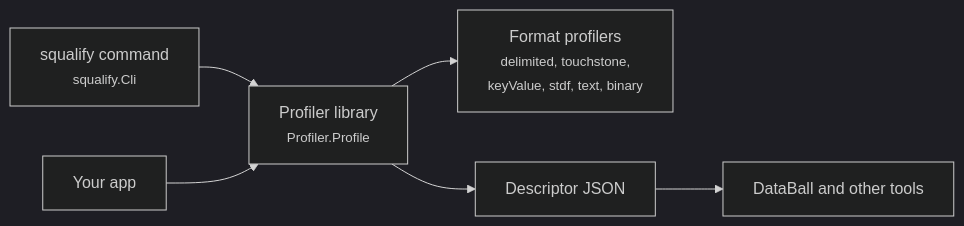
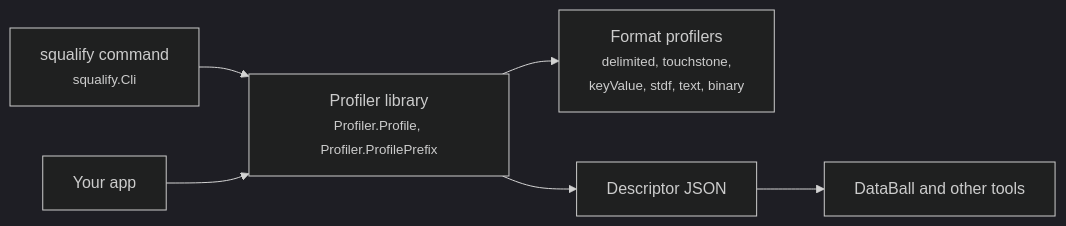
The first of 31 diagrams in docs/how-it-works.md (squalor-xyz/squalify), drawn with Mermaid (dark theme) before and after one commit. The commit also changed other lines of this file and 12 other files, not shown here.

````diff
--- a/docs/how-it-works.md
+++ b/docs/how-it-works.md
@@ -13,8 +13,8 @@
 ```mermaid
 flowchart LR
     CLI["squalify command<br/><small>squalify.Cli</small>"] --> Lib
     Host["Your app"] --> Lib
-    Lib["Profiler library<br/><small>Profiler.Profile</small>"] --> Profilers["Format profilers<br/><small>delimited, touchstone,<br/>keyValue, stdf, text, binary</small>"]
+    Lib["Profiler library<br/><small>Profiler.Profile, Profiler.ProfilePrefix</small>"] --> Profilers["Format profilers<br/><small>delimited, touchstone,<br/>keyValue, stdf, text, binary</small>"]
     Lib --> Out["Descriptor JSON"]
     Out --> Consumers["DataBall and other tools"]
 ```
````
